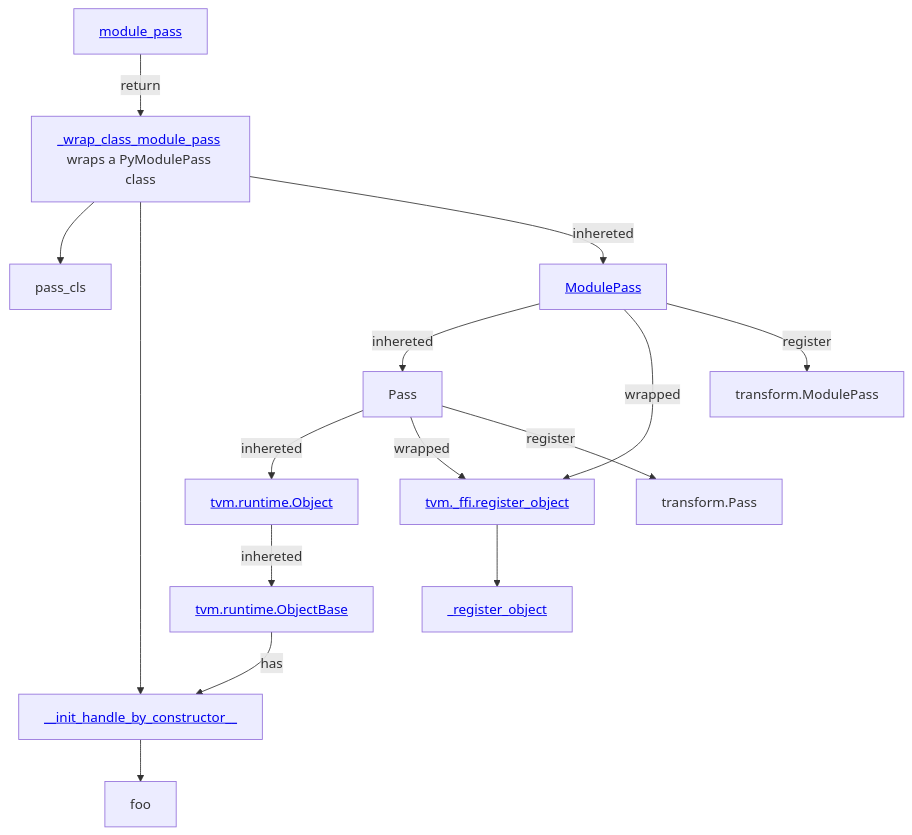
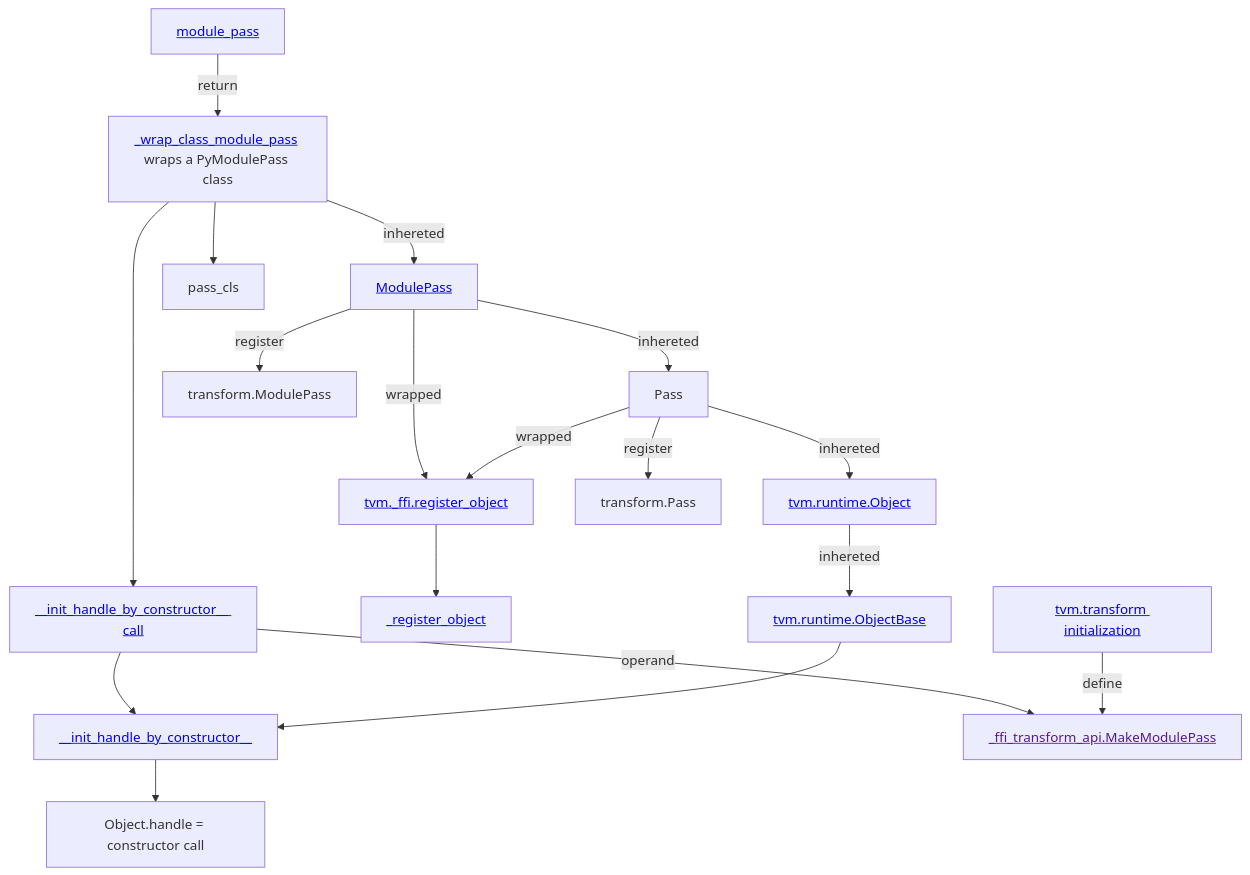
Before and after one commit to w32zhong/BitBLAS: the second of 2 diagrams in README.md, drawn with Mermaid. The commit also changed other lines of this file, not shown here.

````diff
--- a/README.md
+++ b/README.md
@@ -83,22 +83,27 @@
 ```mermaid
 graph TD;
    module_pass[<a href="https://github.com/LeiWang1999/tvm/blob/618306ce3baa2c606d43856afbe6655e4e67b2c8/python/tvm/ir/transform.py#L325">module_pass</a>]
    _wrap_class_module_pass[<a href="https://github.com/LeiWang1999/tvm/tree/618306ce3baa2c606d43856afbe6655e4e67b2c8/python/tvm/ir/transform.py#L293">_wrap_class_module_pass</a> wraps a PyModulePass class]
-   __init_handle_by_constructor__[<a href="https://github.com/LeiWang1999/tvm/tree/618306ce3baa2c606d43856afbe6655e4e67b2c8/python/tvm/ir/transform.py#L309">__init_handle_by_constructor__</a>]
+   __init_handle_by_constructor__call[<a href="https://github.com/LeiWang1999/tvm/tree/618306ce3baa2c606d43856afbe6655e4e67b2c8/python/tvm/ir/transform.py#L309">__init_handle_by_constructor__ call</a>]
    ModulePass[<a href="https://github.com/LeiWang1999/tvm/blob/618306ce3baa2c606d43856afbe6655e4e67b2c8/python/tvm/ir/transform.py#L242">ModulePass</a>]
    register_object[<a href="https://github.com/LeiWang1999/tvm/blob/618306ce3baa2c606d43856afbe6655e4e67b2c8/python/tvm/_ffi/registry.py#L41-L82">tvm._ffi.register_object</a>]
    _register_object[<a href="https://github.com/LeiWang1999/tvm/blob/618306ce3baa2c606d43856afbe6655e4e67b2c8/python/tvm/_ffi/_ctypes/object.py#L42">_register_object</a>]
    tvm_runtime_obj[<a href="https://github.com/LeiWang1999/tvm/blob/618306ce3baa2c606d43856afbe6655e4e67b2c8/python/tvm/runtime/object.py#L49">tvm.runtime.Object</a>]
    tvm_runtime_obj_base[<a href="https://github.com/LeiWang1999/tvm/blob/618306ce3baa2c606d43856afbe6655e4e67b2c8/python/tvm/_ffi/_ctypes/object.py#L111">tvm.runtime.ObjectBase</a>]
+   __init_handle_by_constructor__[<a href="https://github.com/LeiWang1999/tvm/blob/618306ce3baa2c606d43856afbe6655e4e67b2c8/python/tvm/_ffi/_ctypes/object.py#L125">__init_handle_by_constructor__</a>]
+   handle[Object.handle = constructor call]
+   MakeModulePass[<a href="">_ffi_transform_api.MakeModulePass</a>]
+   _ffi_transform_api[<a href="https://github.com/LeiWang1999/tvm/blob/618306ce3baa2c606d43856afbe6655e4e67b2c8/python/tvm/ir/_ffi_transform_api.py">tvm.transform initialization</a>]
 
    module_pass -->|return| _wrap_class_module_pass --> pass_cls
-   _wrap_class_module_pass --> __init_handle_by_constructor__
-   _wrap_class_module_pass -->|inhereted| ModulePass -->|inhereted| Pass  -->|inhereted| tvm_runtime_obj -->|inhereted| tvm_runtime_obj_base -->|has| __init_handle_by_constructor__
+   _wrap_class_module_pass --> __init_handle_by_constructor__call --> __init_handle_by_constructor__
+   __init_handle_by_constructor__call -->|operand| MakeModulePass
+   _ffi_transform_api -->|define| MakeModulePass
+   _wrap_class_module_pass -->|inhereted| ModulePass -->|inhereted| Pass  -->|inhereted| tvm_runtime_obj -->|inhereted| tvm_runtime_obj_base --> __init_handle_by_constructor__
    register_object --> _register_object 
    ModulePass -->|wrapped| register_object
    ModulePass -->|register| transform.ModulePass
    Pass -->|wrapped| register_object
    Pass -->|register| transform.Pass
-
-   __init_handle_by_constructor__ --> foo
+   __init_handle_by_constructor__ --> handle
 ```
````
